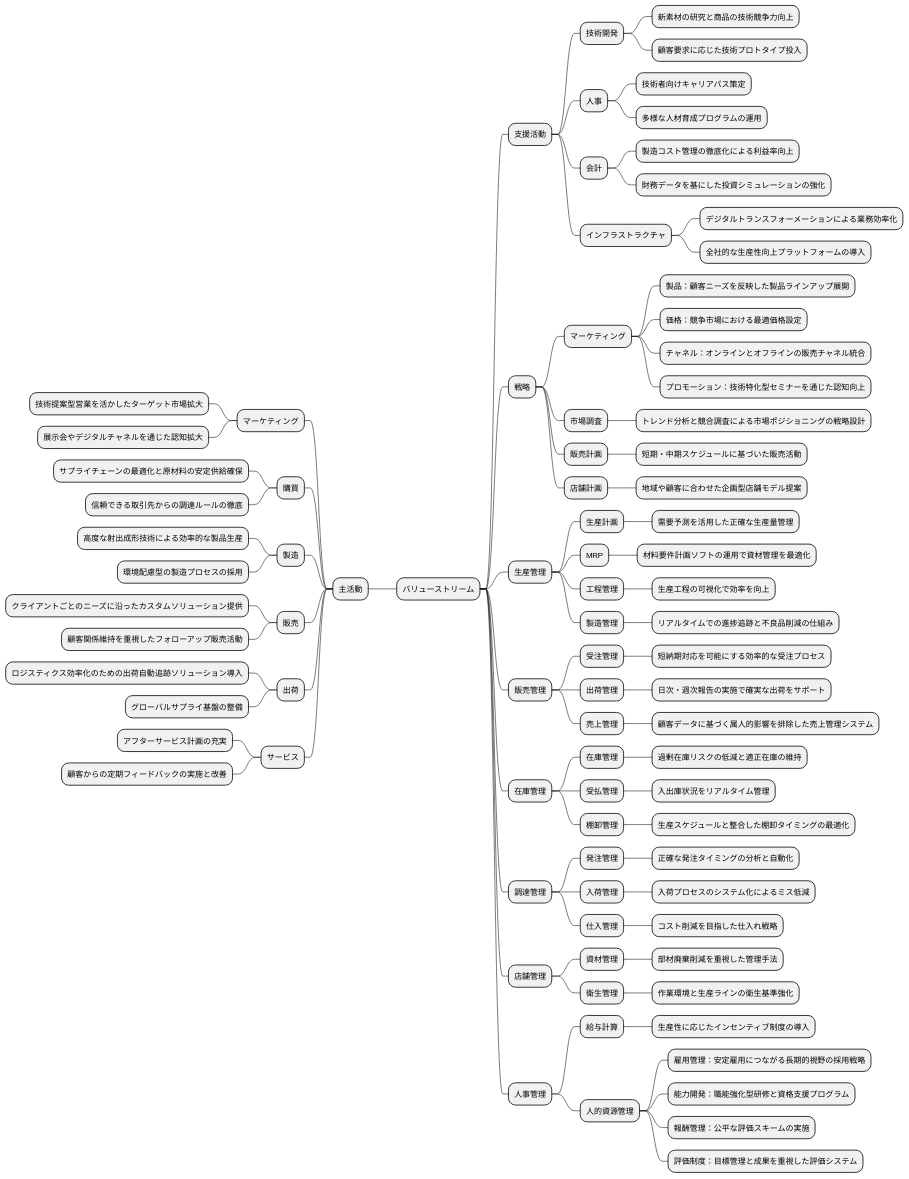
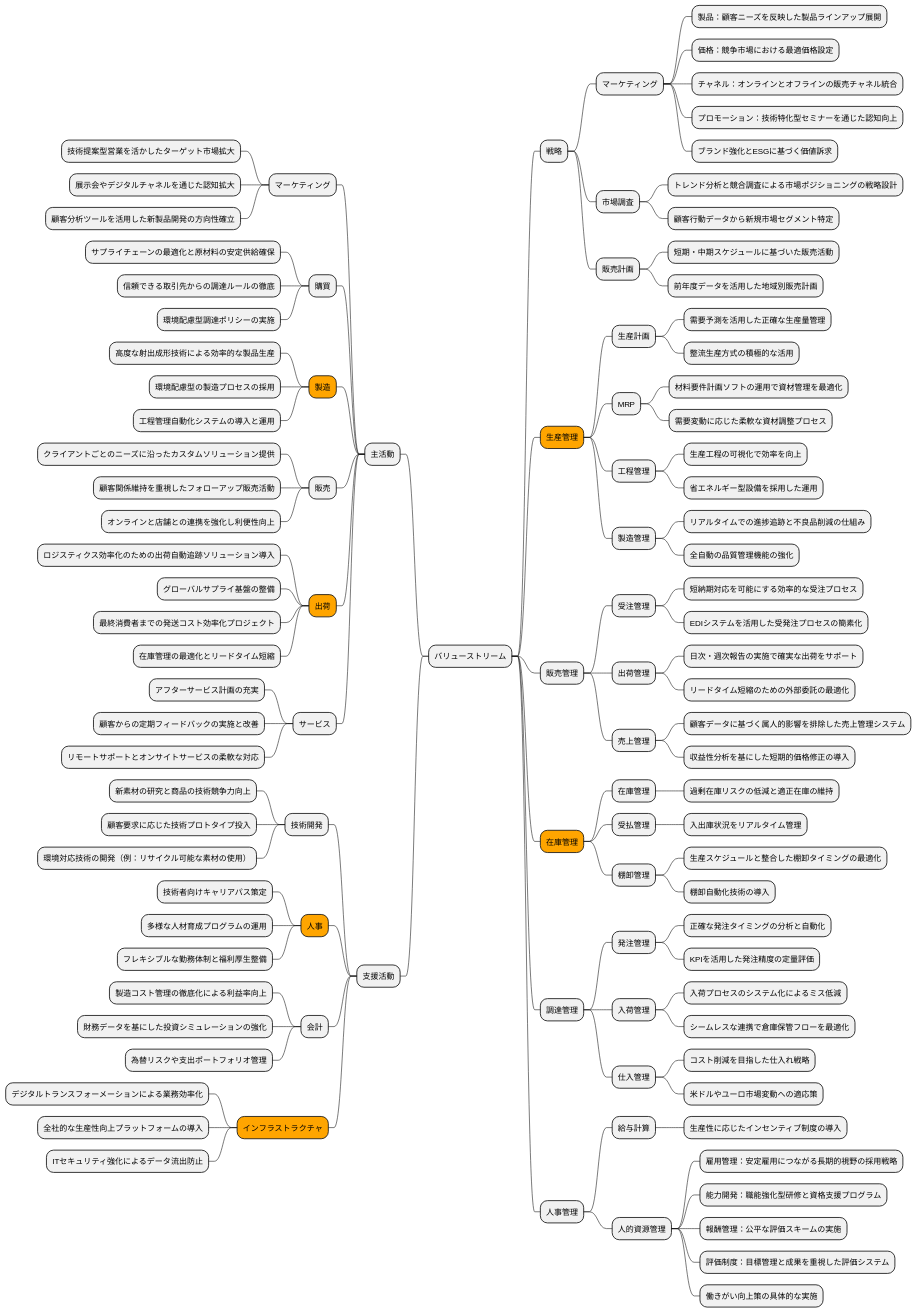
Before and after one commit to k2works/case-study-business-analysis: diagram 12 of 19 in docs/case/h30_case_3.adoc, drawn with PlantUML. The commit also changed other lines of this file, not shown here.

```diff
--- a/docs/case/h30_case_3.adoc
+++ b/docs/case/h30_case_3.adoc
@@ -408,82 +607,100 @@
 *** マーケティング
 **** 技術提案型営業を活かしたターゲット市場拡大
 **** 展示会やデジタルチャネルを通じた認知拡大
+**** 顧客分析ツールを活用した新製品開発の方向性確立
 *** 購買
 **** サプライチェーンの最適化と原材料の安定供給確保
 **** 信頼できる取引先からの調達ルールの徹底
-*** 製造
+**** 環境配慮型調達ポリシーの実施
+***[#orange] 製造
 **** 高度な射出成形技術による効率的な製品生産
 **** 環境配慮型の製造プロセスの採用
+**** 工程管理自動化システムの導入と運用
 *** 販売
 **** クライアントごとのニーズに沿ったカスタムソリューション提供
 **** 顧客関係維持を重視したフォローアップ販売活動
-*** 出荷
+**** オンラインと店舗との連携を強化し利便性向上
+***[#orange] 出荷
 **** ロジスティクス効率化のための出荷自動追跡ソリューション導入
 **** グローバルサプライ基盤の整備
+**** 最終消費者までの発送コスト効率化プロジェクト
+**** 在庫管理の最適化とリードタイム短縮
 *** サービス
 **** アフターサービス計画の充実
 **** 顧客からの定期フィードバックの実施と改善
-right side
+**** リモートサポートとオンサイトサービスの柔軟な対応
 ** 支援活動
 *** 技術開発
 **** 新素材の研究と商品の技術競争力向上
 **** 顧客要求に応じた技術プロトタイプ投入
-*** 人事
+**** 環境対応技術の開発（例：リサイクル可能な素材の使用）
+***[#orange] 人事
 **** 技術者向けキャリアパス策定
 **** 多様な人材育成プログラムの運用
+**** フレキシブルな勤務体制と福利厚生整備
 *** 会計
 **** 製造コスト管理の徹底化による利益率向上
 **** 財務データを基にした投資シミュレーションの強化
-*** インフラストラクチャ
+**** 為替リスクや支出ポートフォリオ管理
+***[#orange] インフラストラクチャ
 **** デジタルトランスフォーメーションによる業務効率化
 **** 全社的な生産性向上プラットフォームの導入
+**** ITセキュリティ強化によるデータ流出防止
+right side
 ** 戦略
 *** マーケティング
 **** 製品：顧客ニーズを反映した製品ラインアップ展開
 **** 価格：競争市場における最適価格設定
 **** チャネル：オンラインとオフラインの販売チャネル統合
 **** プロモーション：技術特化型セミナーを通じた認知向上
+**** ブランド強化とESGに基づく価値訴求
 *** 市場調査
 **** トレンド分析と競合調査による市場ポジショニングの戦略設計
+**** 顧客行動データから新規市場セグメント特定
 *** 販売計画
 **** 短期・中期スケジュールに基づいた販売活動
-*** 店舗計画
-**** 地域や顧客に合わせた企画型店舗モデル提案
-** 生産管理
+**** 前年度データを活用した地域別販売計画
+**[#orange] 生産管理
 *** 生産計画
 **** 需要予測を活用した正確な生産量管理
+**** 整流生産方式の積極的な活用
 *** MRP
 **** 材料要件計画ソフトの運用で資材管理を最適化
+**** 需要変動に応じた柔軟な資材調整プロセス
 *** 工程管理
 **** 生産工程の可視化で効率を向上
+**** 省エネルギー型設備を採用した運用
 *** 製造管理
 **** リアルタイムでの進捗追跡と不良品削減の仕組み
+**** 全自動の品質管理機能の強化
 ** 販売管理
 *** 受注管理
 **** 短納期対応を可能にする効率的な受注プロセス
+**** EDIシステムを活用した受発注プロセスの簡素化
 *** 出荷管理
 **** 日次・週次報告の実施で確実な出荷をサポート
+**** リードタイム短縮のための外部委託の最適化
 *** 売上管理
 **** 顧客データに基づく属人的影響を排除した売上管理システム
-** 在庫管理
+**** 収益性分析を基にした短期的価格修正の導入
+**[#orange] 在庫管理
 *** 在庫管理
 **** 過剰在庫リスクの低減と適正在庫の維持
 *** 受払管理
 **** 入出庫状況をリアルタイム管理
 *** 棚卸管理
 **** 生産スケジュールと整合した棚卸タイミングの最適化
+**** 棚卸自動化技術の導入
 ** 調達管理
 *** 発注管理
 **** 正確な発注タイミングの分析と自動化
+**** KPIを活用した発注精度の定量評価
 *** 入荷管理
 **** 入荷プロセスのシステム化によるミス低減
+**** シームレスな連携で倉庫保管フローを最適化
 *** 仕入管理
 **** コスト削減を目指した仕入れ戦略
-** 店舗管理
-*** 資材管理
-**** 部材廃棄削減を重視した管理手法
-*** 衛生管理
-**** 作業環境と生産ラインの衛生基準強化
+**** 米ドルやユーロ市場変動への適応策
 ** 人事管理
 *** 給与計算
 **** 生産性に応じたインセンティブ制度の導入
@@ -492,6 +709,7 @@
 **** 能力開発：職能強化型研修と資格支援プログラム
 **** 報酬管理：公平な評価スキームの実施
 **** 評価制度：目標管理と成果を重視した評価システム
+**** 働きがい向上策の具体的な実施
 
 @endmindmap
 ----
```
